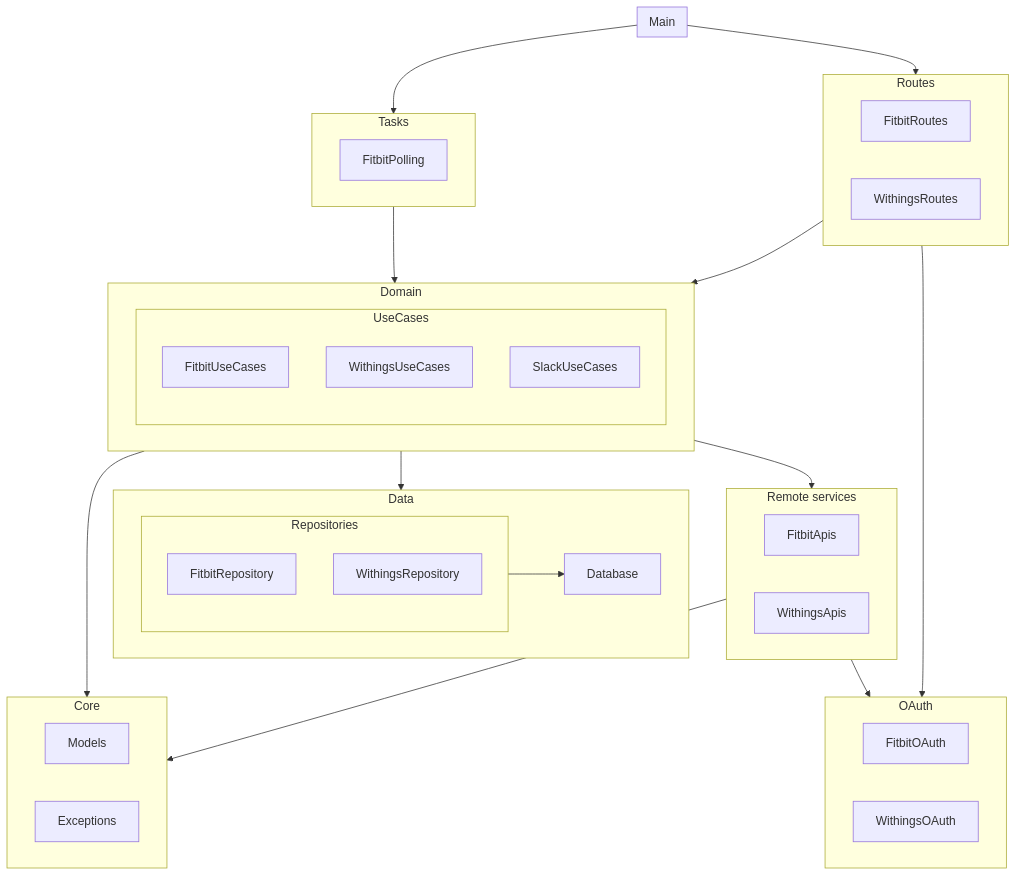
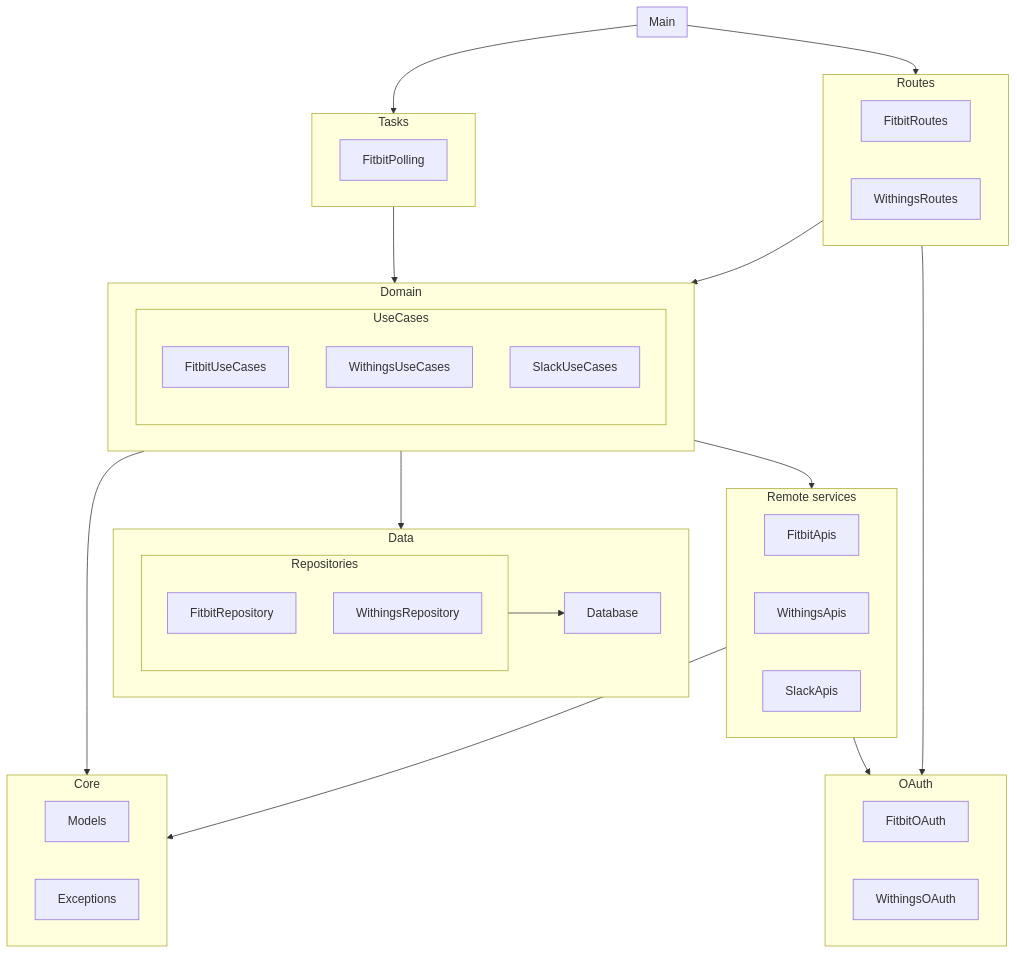
Before and after one commit to caarmen/withings-slack: the second of 2 diagrams in docs/architecture.md, drawn with Mermaid. The commit also changed 6 other files, not shown here.

````diff
--- a/docs/architecture.md
+++ b/docs/architecture.md
@@ -30,51 +30,52 @@
 ```mermaid
 graph TD
     subgraph Main
     end
     subgraph Routes
         FitbitRoutes
         WithingsRoutes
     end
     subgraph Tasks
         FitbitPolling
     end
     subgraph Domain
         subgraph UseCases
             FitbitUseCases
             WithingsUseCases
             SlackUseCases
         end
     end
     subgraph Data
         Database
         subgraph Repositories
             FitbitRepository
             WithingsRepository
         end
     end
     subgraph RemoteServices[Remote services]
         FitbitApis
         WithingsApis
+        SlackApis
     end
     subgraph Core
         CoreModels[Models]
         Exceptions
     end
     subgraph OAuth
         FitbitOAuth
         WithingsOAuth
     end
 
 
     Main-->Routes
     Main-->Tasks
     Tasks-->Domain
     Routes-->Domain
     Repositories-->Database
     Domain-->Data
     Domain-->RemoteServices
     Domain-->Core
     RemoteServices-->Core
     RemoteServices-->OAuth
     Routes-->OAuth
 ```
````
